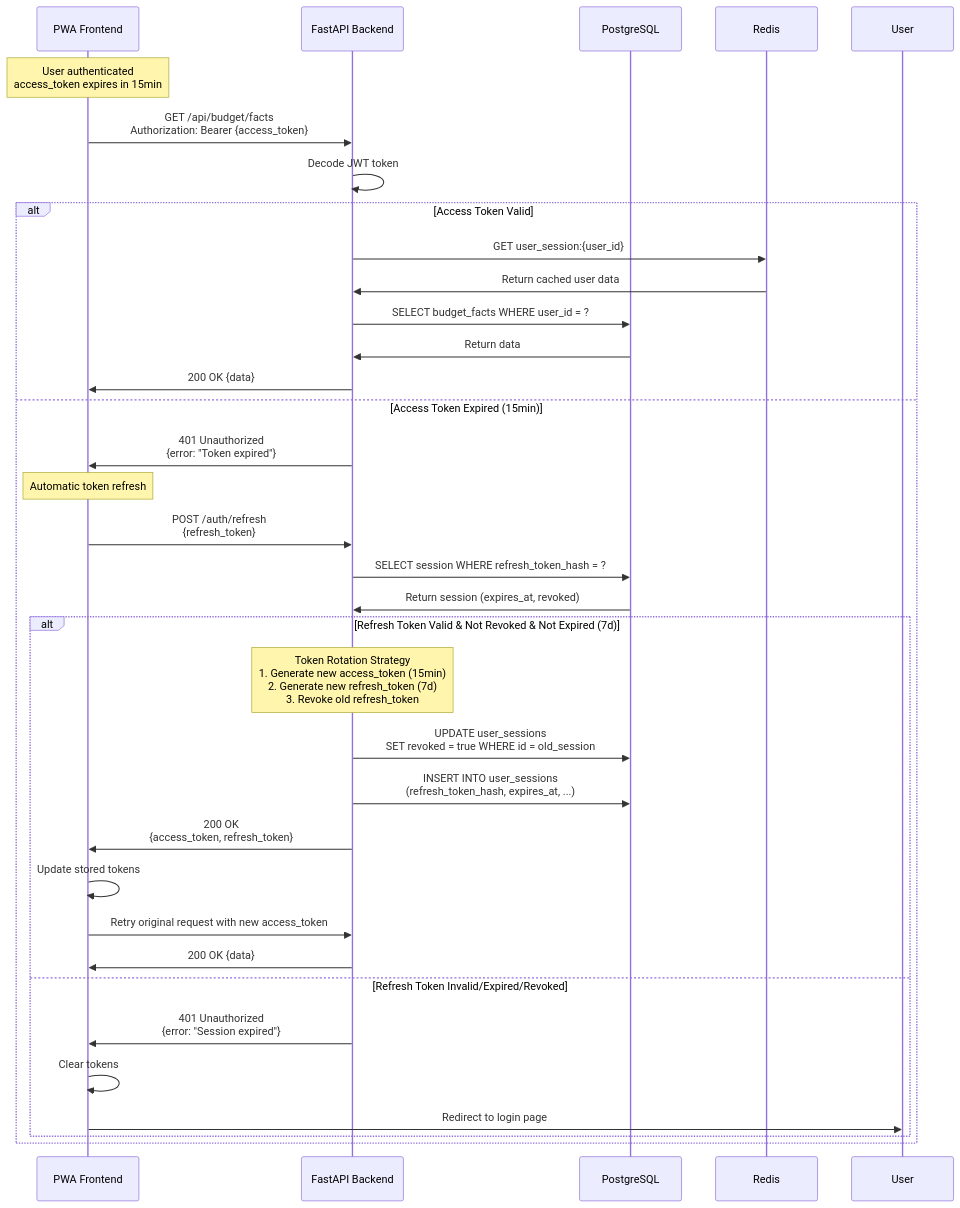
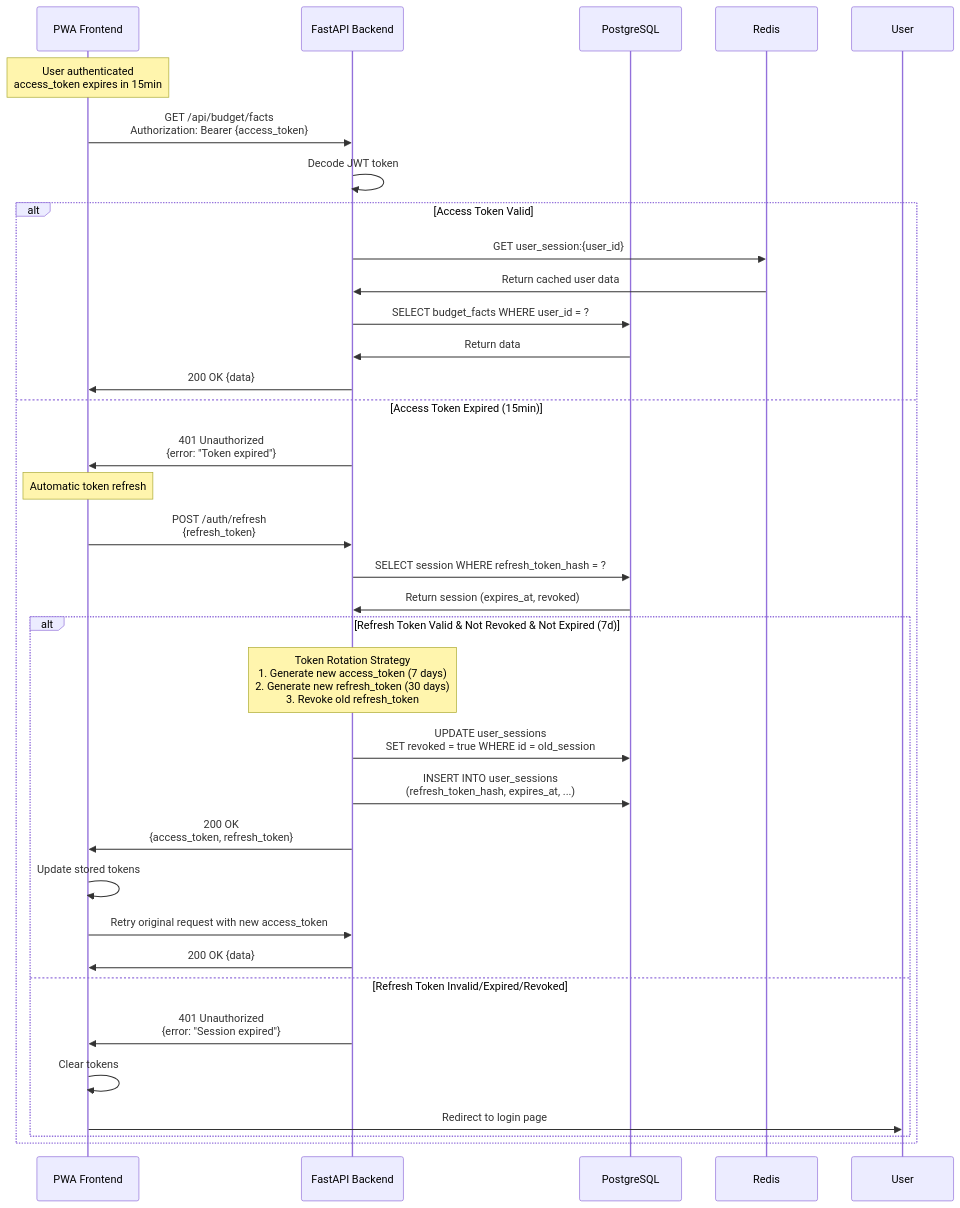
One commit to ikeniborn/familyBudget changed the third of 4 diagrams in docs/diagrams/02-authentication-flows.md. Above: the diagram before and after it, drawn with Mermaid. The commit also changed other lines of this file and 9 other files, not shown here.

First line of the commit message:
fix(docs/diagrams): correct critical data errors (priority 1)

````diff
--- a/docs/diagrams/02-authentication-flows.md
+++ b/docs/diagrams/02-authentication-flows.md
@@ -131,45 +129,45 @@
 ```mermaid
 sequenceDiagram
     participant Frontend as PWA Frontend
     participant API as FastAPI Backend
     participant DB as PostgreSQL
     participant Redis
 
-    Note over Frontend: User authenticated<br/>access_token expires in 15min
+    Note over Frontend: User authenticated<br>access_token expires in 15min
 
-    Frontend->>API: GET /api/budget/facts<br/>Authorization: Bearer {access_token}
+    Frontend->>API: GET /api/budget/facts<br>Authorization: Bearer {access_token}
 
     API->>API: Decode JWT token
 
     alt Access Token Valid
         API->>Redis: GET user_session:{user_id}
         Redis->>API: Return cached user data
         API->>DB: SELECT budget_facts WHERE user_id = ?
         DB->>API: Return data
         API->>Frontend: 200 OK {data}
     else Access Token Expired (15min)
-        API->>Frontend: 401 Unauthorized<br/>{error: "Token expired"}
+        API->>Frontend: 401 Unauthorized<br>{error: "Token expired"}
 
         Note over Frontend: Automatic token refresh
-        Frontend->>API: POST /auth/refresh<br/>{refresh_token}
+        Frontend->>API: POST /auth/refresh<br>{refresh_token}
 
         API->>DB: SELECT session WHERE refresh_token_hash = ?
         DB->>API: Return session (expires_at, revoked)
 
         alt Refresh Token Valid & Not Revoked & Not Expired (7d)
-            Note over API: Token Rotation Strategy<br/>1. Generate new access_token (15min)<br/>2. Generate new refresh_token (7d)<br/>3. Revoke old refresh_token
+            Note over API: Token Rotation Strategy<br>1. Generate new access_token (7 days)<br>2. Generate new refresh_token (30 days)<br>3. Revoke old refresh_token
 
-            API->>DB: UPDATE user_sessions<br/>SET revoked = true WHERE id = old_session
-            API->>DB: INSERT INTO user_sessions<br/>(refresh_token_hash, expires_at, ...)
-            API->>Frontend: 200 OK<br/>{access_token, refresh_token}
+            API->>DB: UPDATE user_sessions<br>SET revoked = true WHERE id = old_session
+            API->>DB: INSERT INTO user_sessions<br>(refresh_token_hash, expires_at, ...)
+            API->>Frontend: 200 OK<br>{access_token, refresh_token}
 
             Frontend->>Frontend: Update stored tokens
             Frontend->>API: Retry original request with new access_token
             API->>Frontend: 200 OK {data}
         else Refresh Token Invalid/Expired/Revoked
-            API->>Frontend: 401 Unauthorized<br/>{error: "Session expired"}
+            API->>Frontend: 401 Unauthorized<br>{error: "Session expired"}
             Frontend->>Frontend: Clear tokens
             Frontend->>User: Redirect to login page
         end
     end
 ```
````
